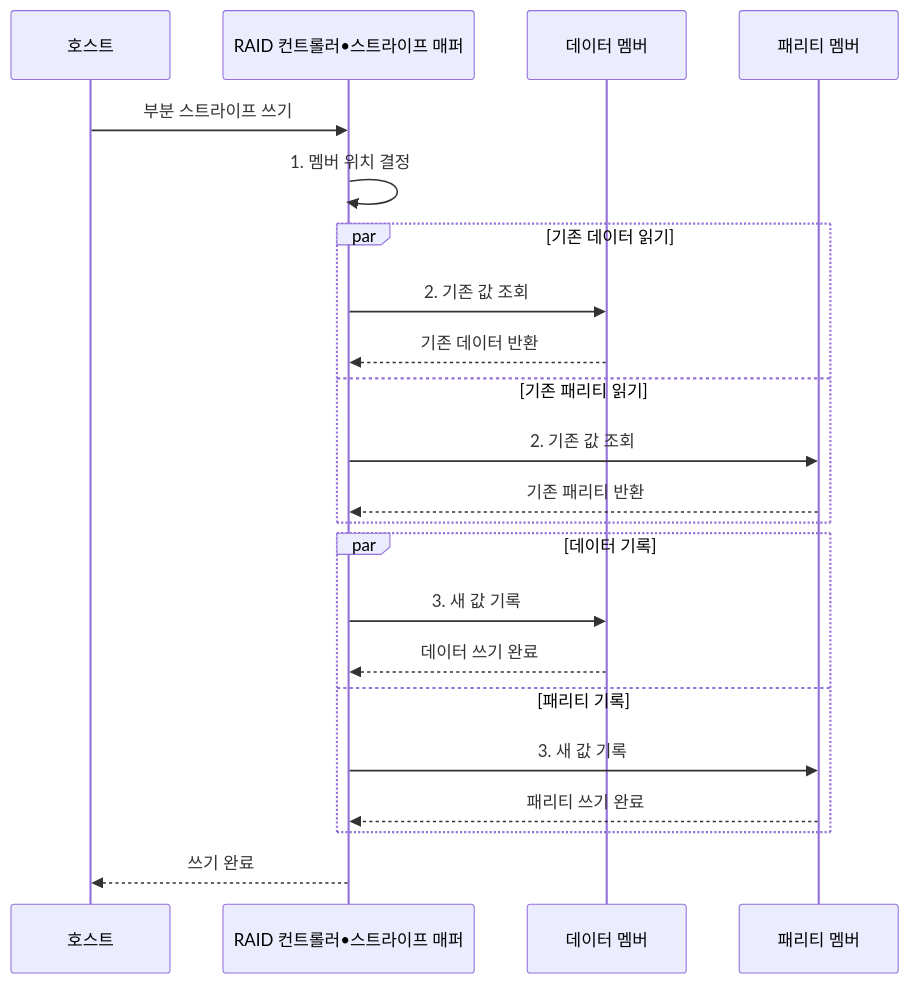
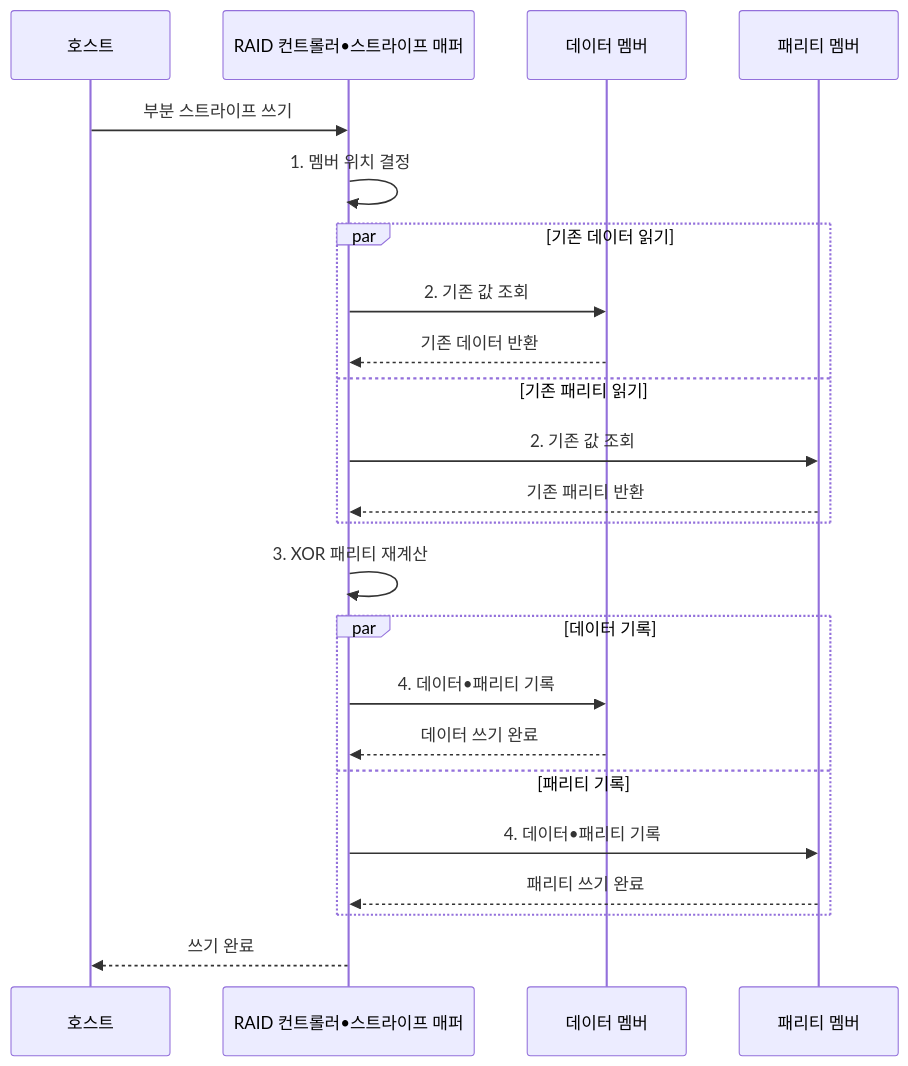
One commit to agnusdei1207/knowledge-base changed the second of 2 diagrams in src/content/docs/notes/02-hardware/032_raid_levels.md. Above: the diagram before and after it, drawn with Mermaid. The commit also changed other lines of this file and 9 other files, not shown here.

````diff
--- a/src/content/docs/notes/02-hardware/032_raid_levels.md
+++ b/src/content/docs/notes/02-hardware/032_raid_levels.md
@@ -104,25 +104,26 @@
 ```mermaid
 sequenceDiagram
     participant H as 호스트
     participant C as RAID 컨트롤러•스트라이프 매퍼
     participant D as 데이터 멤버
     participant P as 패리티 멤버
 
     H->>C: 부분 스트라이프 쓰기
     C->>C: 1. 멤버 위치 결정
     par 기존 데이터 읽기
         C->>D: 2. 기존 값 조회
         D-->>C: 기존 데이터 반환
     and 기존 패리티 읽기
         C->>P: 2. 기존 값 조회
         P-->>C: 기존 패리티 반환
     end
+    C->>C: 3. XOR 패리티 재계산
     par 데이터 기록
-        C->>D: 3. 새 값 기록
+        C->>D: 4. 데이터•패리티 기록
         D-->>C: 데이터 쓰기 완료
     and 패리티 기록
-        C->>P: 3. 새 값 기록
+        C->>P: 4. 데이터•패리티 기록
         P-->>C: 패리티 쓰기 완료
     end
     C-->>H: 쓰기 완료
 ```
````
